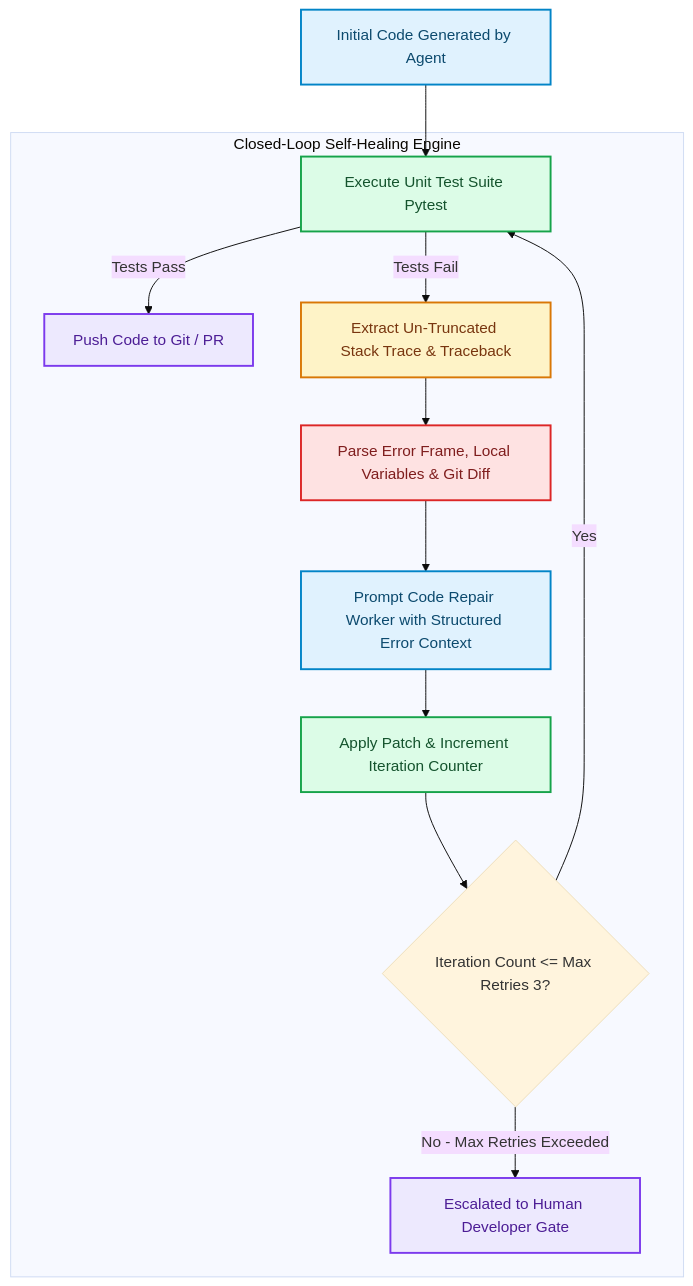
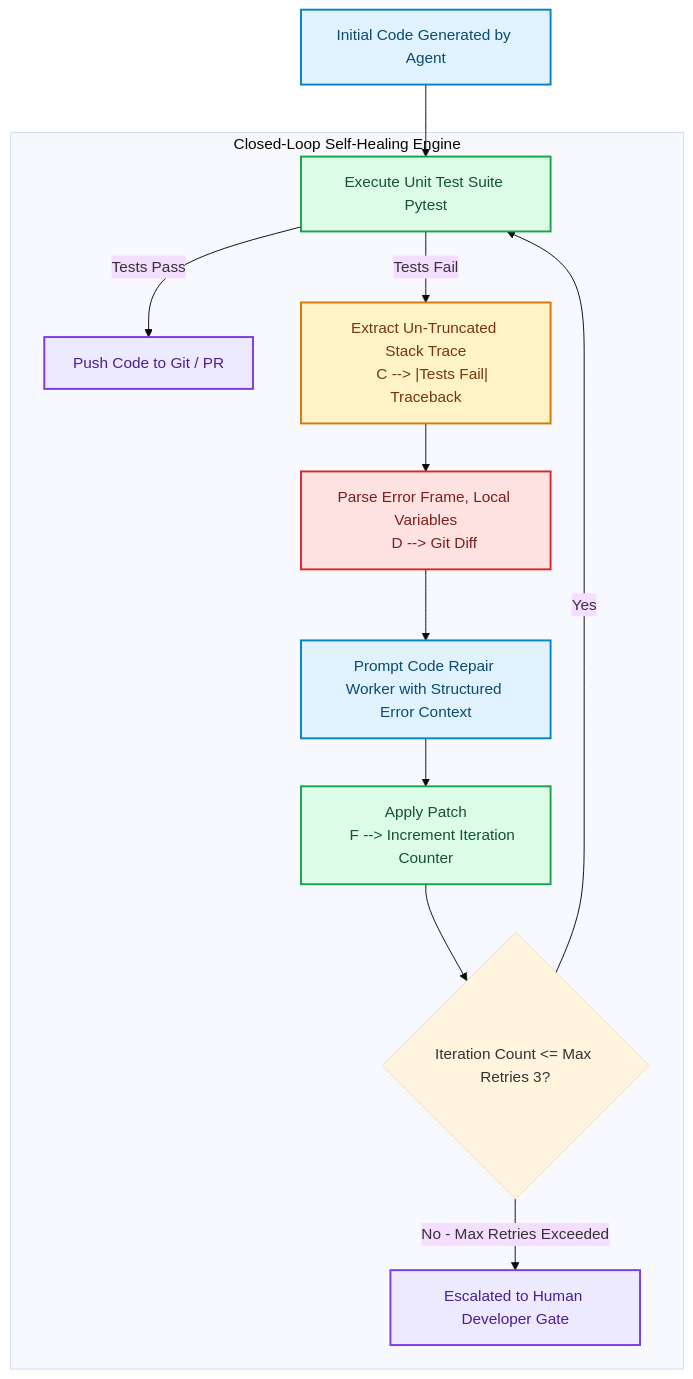
One commit to akmalkhaniub/akmalkhaniub.github.io changed the diagram in blog/posts/self-correction-loops-test-execution-stack-traces-repair-bugs.md. Above: the diagram before and after it, drawn with Mermaid (base theme). The commit also changed other lines of this file and 894 other files, not shown here.

Commit message:
feat(blog): upgrade all 444 posts with unique staggered dates, 2-col Mermaid spines, benchmark tables, code blocks, and trade-offs

````diff
--- a/blog/posts/self-correction-loops-test-execution-stack-traces-repair-bugs.md
+++ b/blog/posts/self-correction-loops-test-execution-stack-traces-repair-bugs.md
@@ -19,28 +19,31 @@
 ```mermaid
 flowchart TD
   A["Initial Code Generated by Agent"] --> B["Execute Unit Test Suite Pytest"]
   
   subgraph SG1_ClosedLoopSelf ["Closed-Loop Self-Healing Engine"]
     B -->|Tests Pass| C[" Push Code to Git / PR"]
-    B -->|Tests Fail| D["Extract Un-Truncated Stack Trace & Traceback"]
+    B --> |Tests Fail| D["Extract Un-Truncated Stack Trace
+    C --> |Tests Fail| Traceback"]
     
-    D --> E["Parse Error Frame, Local Variables & Git Diff"]
+    D --> E["Parse Error Frame, Local Variables
+    D --> Git Diff"]
     E --> F["Prompt Code Repair Worker with Structured Error Context"]
-    F --> G["Apply Patch & Increment Iteration Counter"]
+    F --> G["Apply Patch
+    F --> Increment Iteration Counter"]
     
     G --> H{Iteration Count <= Max Retries 3?}
     H -->|Yes| B
     H -->|No - Max Retries Exceeded| I[" Escalated to Human Developer Gate"]
   end
 
 classDef green fill:#dcfce7,stroke:#16a34a,stroke-width:2px,color:#14532d;
 classDef red fill:#fee2e2,stroke:#dc2626,stroke-width:2px,color:#7f1d1d;
 classDef blue fill:#e0f2fe,stroke:#0284c7,stroke-width:2px,color:#0c4a6e;
 classDef yellow fill:#fef3c7,stroke:#d97706,stroke-width:2px,color:#78350f;
 classDef purple fill:#ede9fe,stroke:#7c3aed,stroke-width:2px,color:#4c1d95;
 class A,F blue
 class B,G green
 class C,I purple
 class D yellow
 class E red
 ```
````
